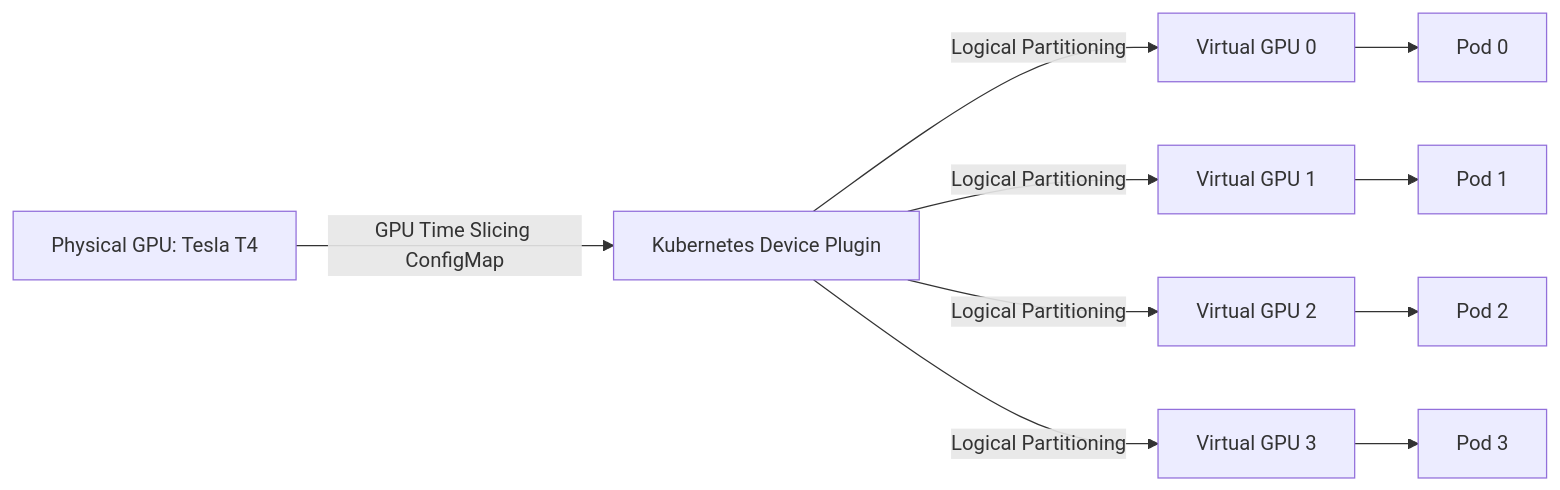
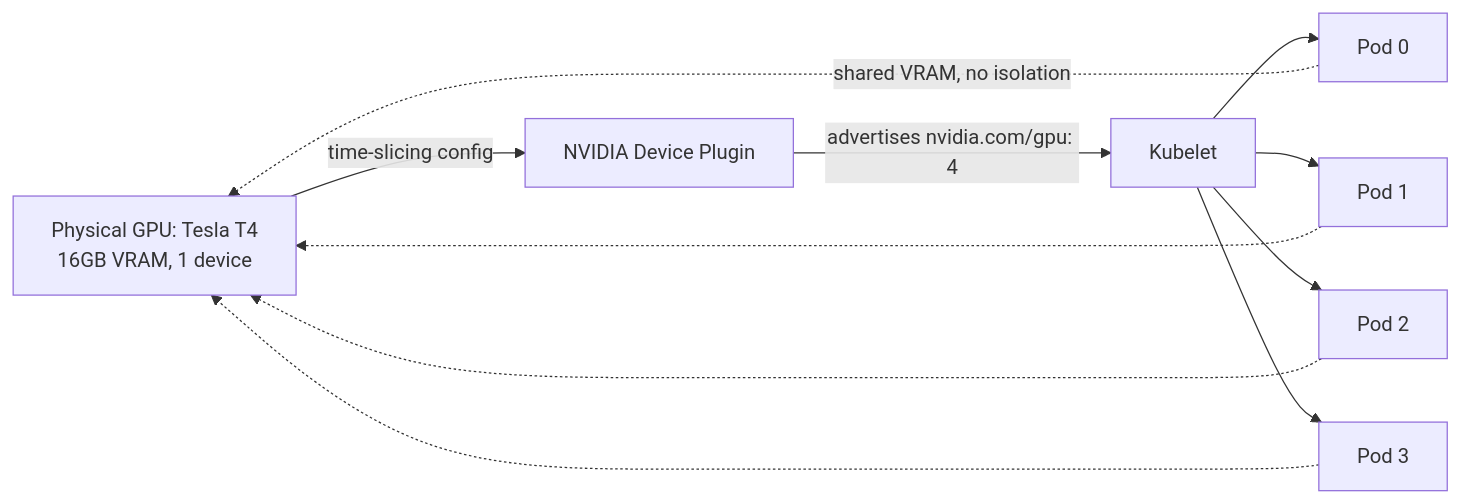
Before and after one commit to ok-karthik/ai-infrastructure-on-eks: the diagram in docs/labs/04-time-slicing.md, drawn with Mermaid. The commit also changed other lines of this file and 192 other files, not shown here.

````diff
--- a/docs/labs/04-time-slicing.md
+++ b/docs/labs/04-time-slicing.md
@@ -10,12 +18,13 @@
 ```mermaid
 flowchart LR
-    Physical[Physical GPU: Tesla T4] -->|GPU Time Slicing ConfigMap| Plugin[Kubernetes Device Plugin]
-    Plugin -->|Logical Partitioning| V0[Virtual GPU 0]
-    Plugin -->|Logical Partitioning| V1[Virtual GPU 1]
-    Plugin -->|Logical Partitioning| V2[Virtual GPU 2]
-    Plugin -->|Logical Partitioning| V3[Virtual GPU 3]
-    V0 --> Pod0[Pod 0]
-    V1 --> Pod1[Pod 1]
-    V2 --> Pod2[Pod 2]
-    V3 --> Pod3[Pod 3]
+    Physical["Physical GPU: Tesla T4<br/>16GB VRAM, 1 device"] -->|time-slicing config| Plugin[NVIDIA Device Plugin]
+    Plugin -->|advertises nvidia.com/gpu: 4| Kubelet[Kubelet]
+    Kubelet --> V0[Pod 0]
+    Kubelet --> V1[Pod 1]
+    Kubelet --> V2[Pod 2]
+    Kubelet --> V3[Pod 3]
+    V0 -.shared VRAM, no isolation.-> Physical
+    V1 -.-> Physical
+    V2 -.-> Physical
+    V3 -.-> Physical
 ```
````
